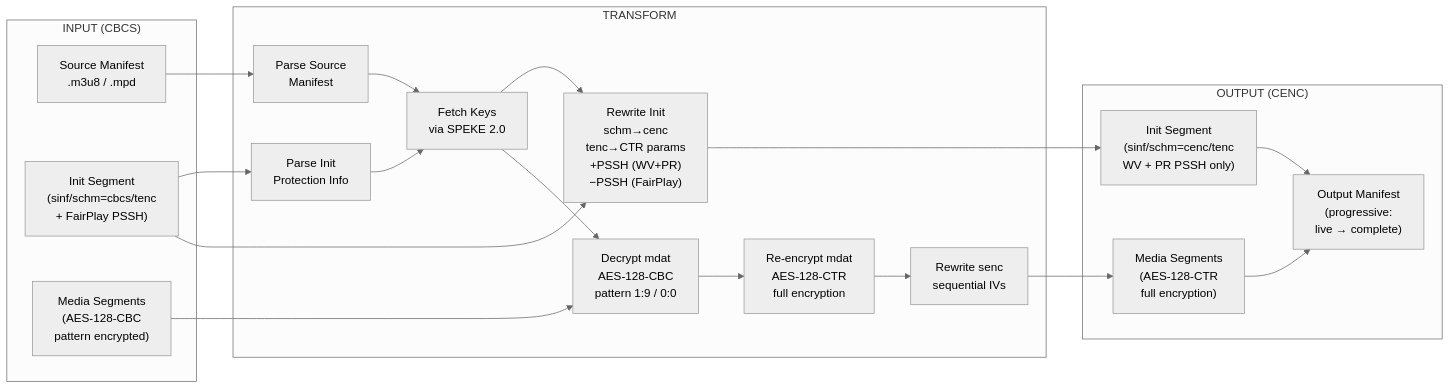
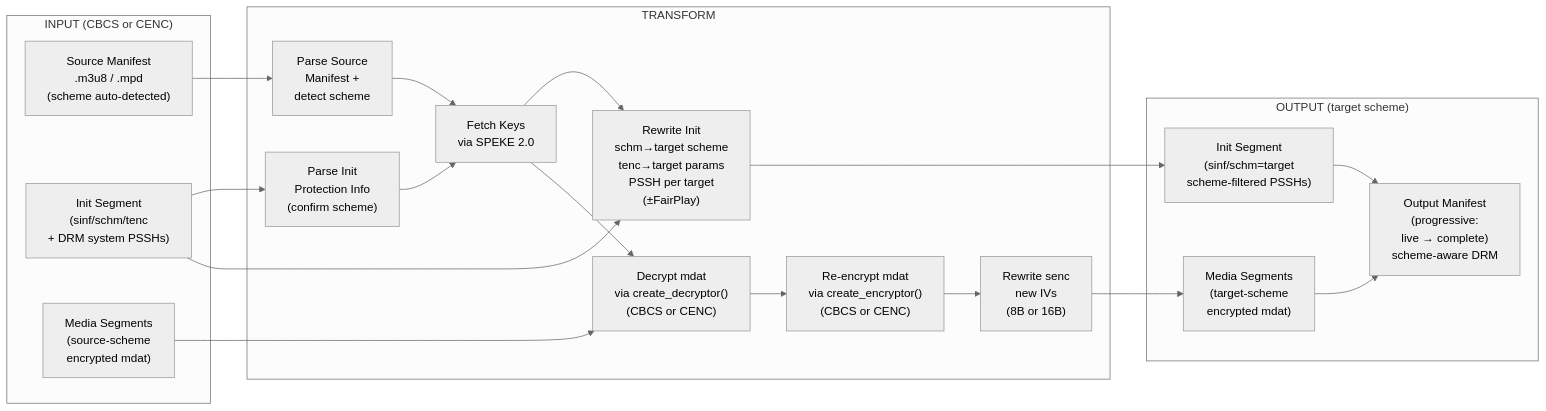
One commit to adrums86/edgepack changed the second of 9 diagrams in docs/architecture.md. Above: the diagram before and after it, drawn with Mermaid (neutral theme). The commit also changed other lines of this file and 22 other files, not shown here.

````diff
--- a/docs/architecture.md
+++ b/docs/architecture.md
@@ -64,39 +64,39 @@
 ```mermaid
 flowchart LR
-    subgraph Input["INPUT (CBCS)"]
-        SrcManifest["Source Manifest<br/>.m3u8 / .mpd"]
-        SrcInit["Init Segment<br/>(sinf/schm=cbcs/tenc<br/>+ FairPlay PSSH)"]
-        SrcSeg["Media Segments<br/>(AES-128-CBC<br/>pattern encrypted)"]
+    subgraph Input["INPUT (CBCS or CENC)"]
+        SrcManifest["Source Manifest<br/>.m3u8 / .mpd<br/>(scheme auto-detected)"]
+        SrcInit["Init Segment<br/>(sinf/schm/tenc<br/>+ DRM system PSSHs)"]
+        SrcSeg["Media Segments<br/>(source-scheme<br/>encrypted mdat)"]
     end
 
     subgraph Transform["TRANSFORM"]
-        Parse["Parse Source<br/>Manifest"]
+        Parse["Parse Source<br/>Manifest +<br/>detect scheme"]
         FetchKeys["Fetch Keys<br/>via SPEKE 2.0"]
-        ParseInit["Parse Init<br/>Protection Info"]
-        RewriteInit["Rewrite Init<br/>schm→cenc<br/>tenc→CTR params<br/>+PSSH (WV+PR)<br/>−PSSH (FairPlay)"]
-        Decrypt["Decrypt mdat<br/>AES-128-CBC<br/>pattern 1:9 / 0:0"]
-        Encrypt["Re-encrypt mdat<br/>AES-128-CTR<br/>full encryption"]
-        RewriteSenc["Rewrite senc<br/>sequential IVs"]
+        ParseInit["Parse Init<br/>Protection Info<br/>(confirm scheme)"]
+        RewriteInit["Rewrite Init<br/>schm→target scheme<br/>tenc→target params<br/>PSSH per target<br/>(±FairPlay)"]
+        Decrypt["Decrypt mdat<br/>via create_decryptor()<br/>(CBCS or CENC)"]
+        Encrypt["Re-encrypt mdat<br/>via create_encryptor()<br/>(CBCS or CENC)"]
+        RewriteSenc["Rewrite senc<br/>new IVs<br/>(8B or 16B)"]
     end
 
-    subgraph Output["OUTPUT (CENC)"]
-        OutManifest["Output Manifest<br/>(progressive:<br/>live → complete)"]
-        OutInit["Init Segment<br/>(sinf/schm=cenc/tenc<br/>WV + PR PSSH only)"]
-        OutSeg["Media Segments<br/>(AES-128-CTR<br/>full encryption)"]
+    subgraph Output["OUTPUT (target scheme)"]
+        OutManifest["Output Manifest<br/>(progressive:<br/>live → complete)<br/>scheme-aware DRM"]
+        OutInit["Init Segment<br/>(sinf/schm=target<br/>scheme-filtered PSSHs)"]
+        OutSeg["Media Segments<br/>(target-scheme<br/>encrypted mdat)"]
     end
 
     SrcManifest --> Parse
     Parse --> FetchKeys
     SrcInit --> ParseInit
     ParseInit --> FetchKeys
     FetchKeys --> RewriteInit
     SrcInit --> RewriteInit
     RewriteInit --> OutInit
     SrcSeg --> Decrypt
     FetchKeys --> Decrypt
     Decrypt --> Encrypt
     Encrypt --> RewriteSenc
     RewriteSenc --> OutSeg
     OutInit --> OutManifest
     OutSeg --> OutManifest
 ```
````
